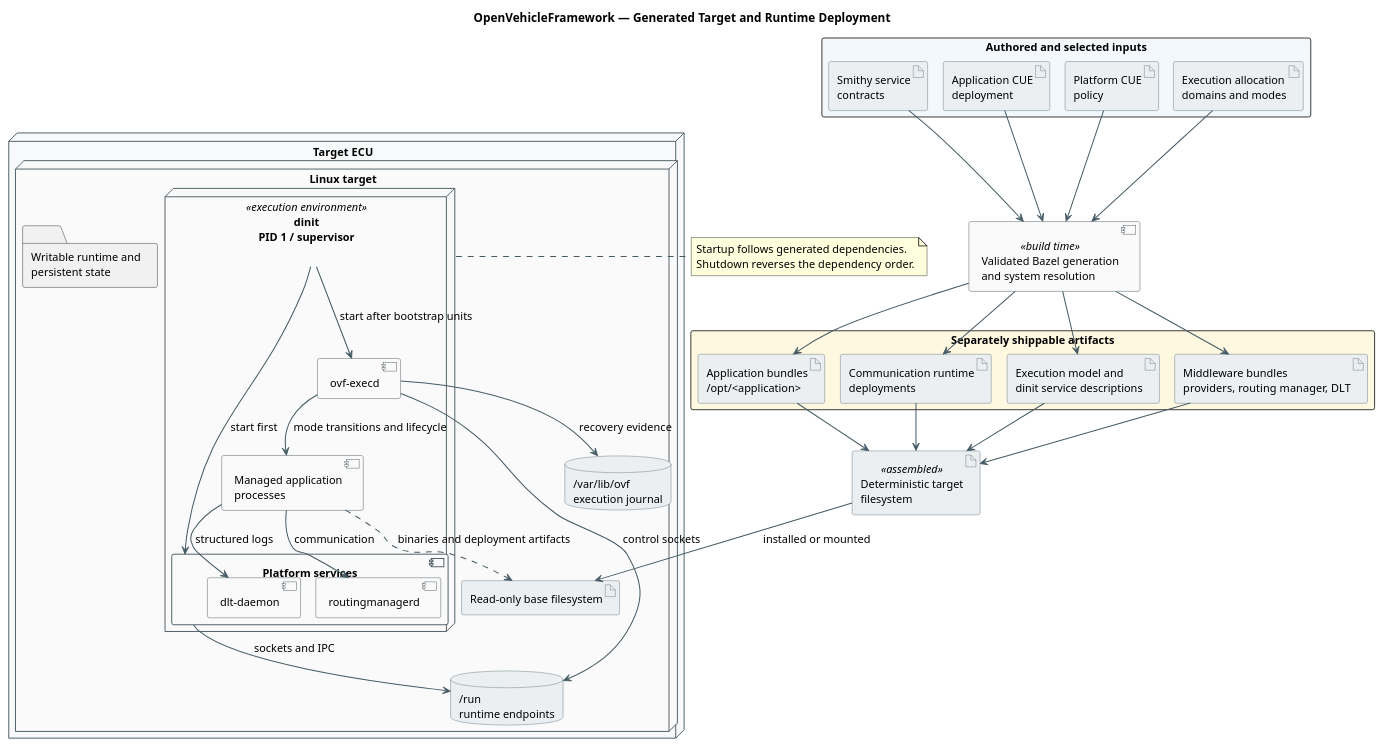
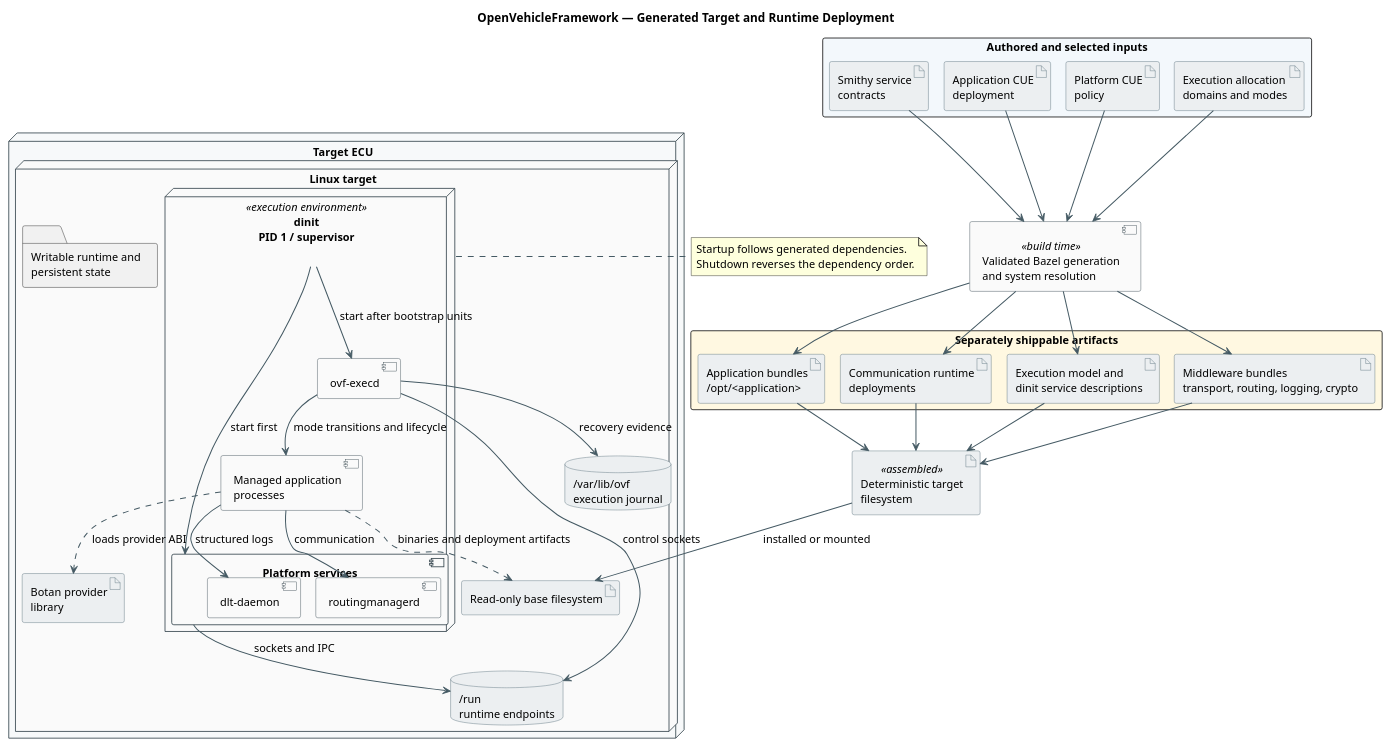
The diagram in docs/diagrams/target-deployment.puml (unwynd/openvehicleframework), drawn with PlantUML before and after one commit. The commit also changed 5 other files, not shown here.

First line of the commit message:
Document the crypto architecture for v0.0.3

```diff
--- a/docs/diagrams/target-deployment.puml
+++ b/docs/diagrams/target-deployment.puml
@@ -2,88 +2,90 @@
 @startuml target-deployment
 !pragma layout smetana
 title OpenVehicleFramework — Generated Target and Runtime Deployment
 
 top to bottom direction
 skinparam backgroundColor #FFFFFF
 skinparam shadowing false
 skinparam componentStyle uml2
 skinparam packageStyle rectangle
 skinparam defaultFontName Helvetica
 skinparam defaultFontSize 13
 skinparam ArrowColor #455A64
 skinparam ArrowThickness 1.2
 skinparam NodeBorderColor #37474F
 skinparam NodeBackgroundColor #FAFAFA
 skinparam ArtifactBorderColor #546E7A
 skinparam ArtifactBackgroundColor #ECEFF1
 skinparam ComponentBorderColor #37474F
 skinparam ComponentBackgroundColor #FAFAFA
 skinparam DatabaseBorderColor #546E7A
 skinparam DatabaseBackgroundColor #ECEFF1
 
 package "Authored and selected inputs" as inputs #F3F8FC {
   artifact "Smithy service\ncontracts" as smithy
   artifact "Application CUE\ndeployment" as app_cue
   artifact "Platform CUE\npolicy" as platform_cue
   artifact "Execution allocation\ndomains and modes" as allocation
 }
 
 component "Validated Bazel generation\nand system resolution" as generator <<build time>>
 
 package "Separately shippable artifacts" as artifacts #FFF8E1 {
   artifact "Application bundles\n/opt/<application>" as app_bundles
   artifact "Communication runtime\ndeployments" as com_deployments
   artifact "Execution model and\ndinit service descriptions" as exec_deployment
-  artifact "Middleware bundles\nproviders, routing manager, DLT" as middleware
+  artifact "Middleware bundles\ntransport, routing, logging, crypto" as middleware
 }
 
 artifact "Deterministic target\nfilesystem" as rootfs <<assembled>>
 
 smithy --> generator
 app_cue --> generator
 platform_cue --> generator
 allocation --> generator
 generator --> app_bundles
 generator --> com_deployments
 generator --> exec_deployment
 generator --> middleware
 app_bundles --> rootfs
 com_deployments --> rootfs
 exec_deployment --> rootfs
 middleware --> rootfs
 
 node "Target ECU" as ecu #F7F9FA {
   node "Linux target" as linux {
     artifact "Read-only base filesystem" as lower
     folder "Writable runtime and\npersistent state" as writable
 
     node "dinit\nPID 1 / supervisor" as supervisor <<execution environment>> {
       component "Platform services" as services {
         component "routingmanagerd" as routing
         component "dlt-daemon" as dlt_daemon
       }
       component "ovf-execd" as execd
       component "Managed application\nprocesses" as applications
     }
 
+    artifact "Botan provider\nlibrary" as botan
     database "/run\nruntime endpoints" as run
     database "/var/lib/ovf\nexecution journal" as journal
   }
 }
 
 rootfs --> lower : installed or mounted
 supervisor --> services : start first
 supervisor --> execd : start after bootstrap units
 execd --> applications : mode transitions and lifecycle
 applications --> routing : communication
 applications --> dlt_daemon : structured logs
+applications ..> botan : loads provider ABI
 services --> run : sockets and IPC
 execd --> run : control sockets
 execd --> journal : recovery evidence
 applications ..> lower : binaries and deployment artifacts
 
 note right of supervisor
   Startup follows generated dependencies.
   Shutdown reverses the dependency order.
 end note
 @enduml
```
